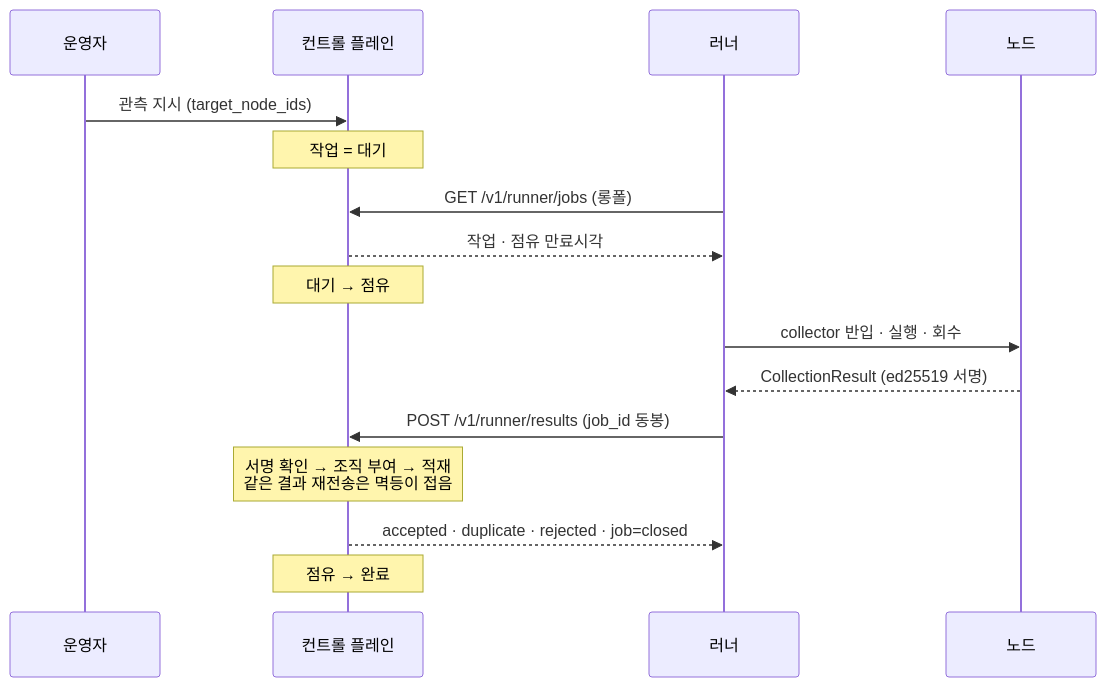
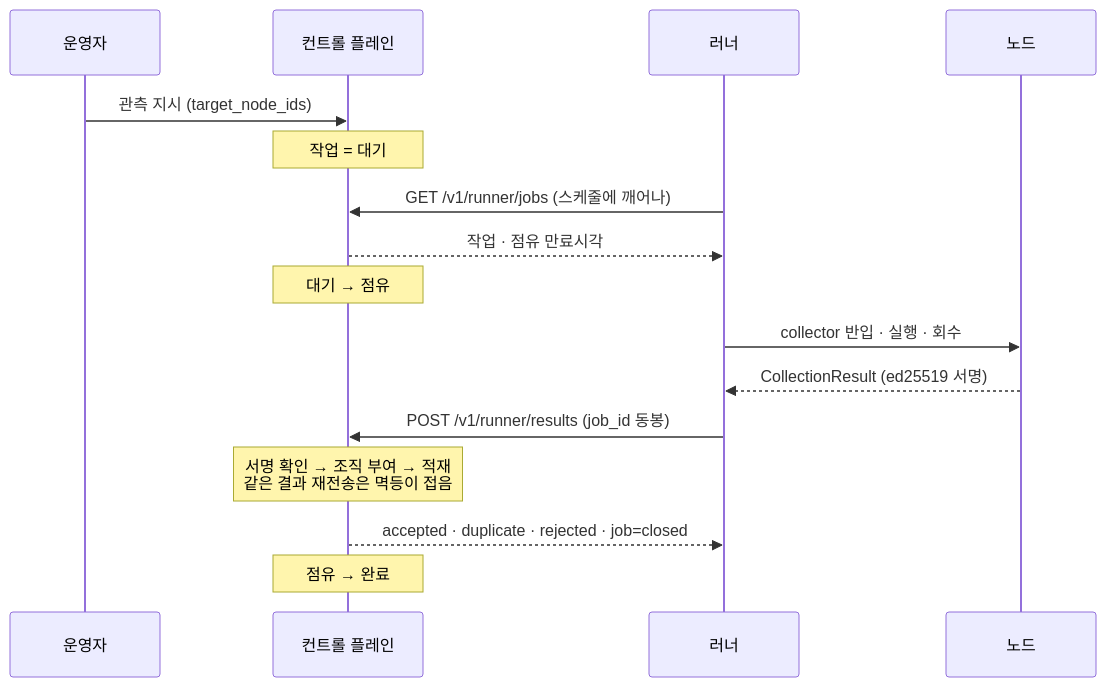
One commit to sntsoftgit/pqcaton changed the fourth of 5 diagrams in saas/journey.md. Above: the diagram before and after it, drawn with Mermaid. The commit also changed 6 other files, not shown here.

First line of the commit message:
saas: 롱폴을 뺀다 — 러너는 스케줄에 깨어나 한 번 묻는다

````diff
--- a/saas/journey.md
+++ b/saas/journey.md
@@ -227,19 +227,19 @@
 ```mermaid
 sequenceDiagram
     participant 운영자
     participant CP as 컨트롤 플레인
     participant 러너
     participant 노드
 
     운영자->>CP: 관측 지시 (target_node_ids)
     Note over CP: 작업 = 대기
-    러너->>CP: GET /v1/runner/jobs (롱폴)
+    러너->>CP: GET /v1/runner/jobs (스케줄에 깨어나)
     CP-->>러너: 작업 · 점유 만료시각
     Note over CP: 대기 → 점유
     러너->>노드: collector 반입 · 실행 · 회수
     노드-->>러너: CollectionResult (ed25519 서명)
     러너->>CP: POST /v1/runner/results (job_id 동봉)
     Note over CP: 서명 확인 → 조직 부여 → 적재<br/>같은 결과 재전송은 멱등이 접음
     CP-->>러너: accepted · duplicate · rejected · job=closed
     Note over CP: 점유 → 완료
 ```
````
